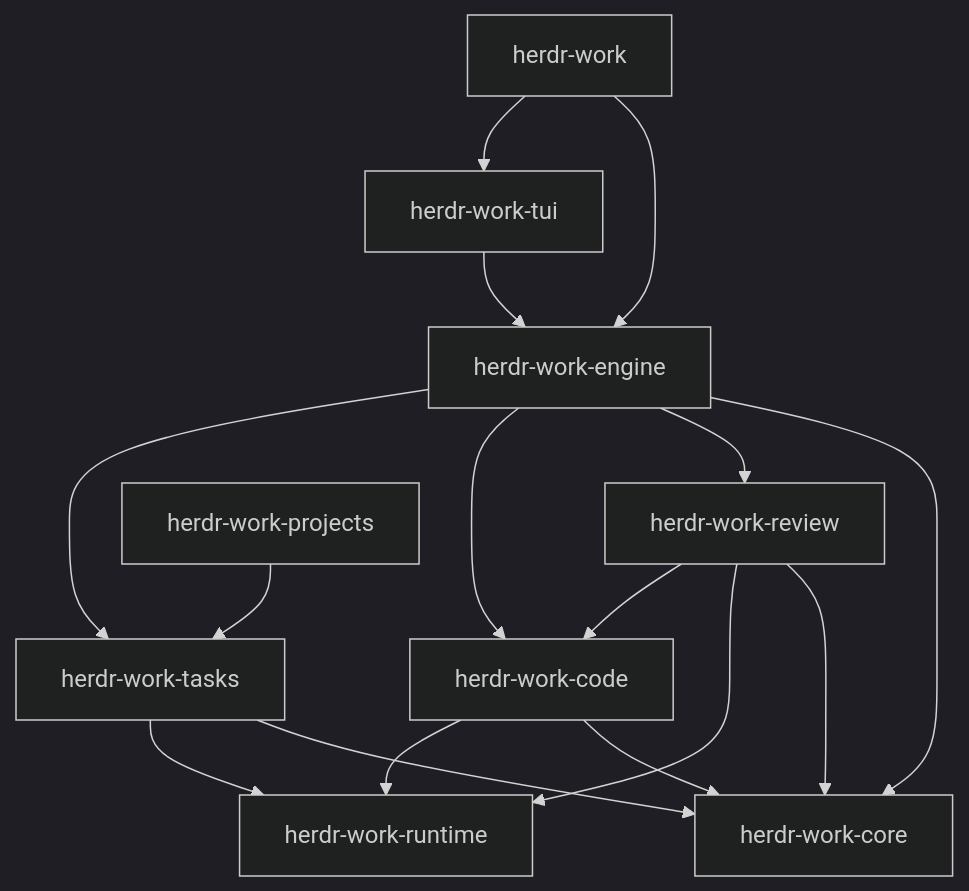
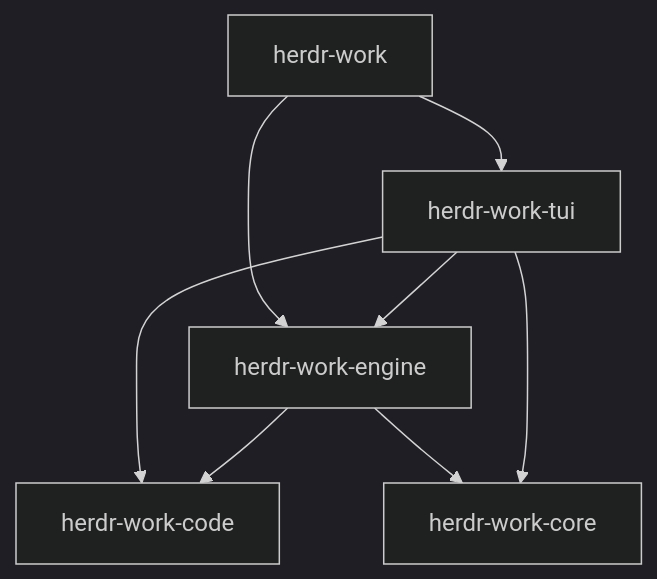
Before and after one commit to JTBlink/herdr-work: the diagram in docs/architecture/herdr-work-internal-modules.md, drawn with Mermaid (dark theme). The commit also changed other lines of this file and 871 other files, not shown here.

````diff
--- a/docs/architecture/herdr-work-internal-modules.md
+++ b/docs/architecture/herdr-work-internal-modules.md
@@ -70,18 +23,10 @@
 ```mermaid
 flowchart TD
     CLI[herdr-work] --> TUI[herdr-work-tui]
     CLI --> Engine[herdr-work-engine]
     TUI --> Engine
-    Engine --> Tasks[herdr-work-tasks]
-    Engine --> Code[herdr-work-code]
-    Engine --> Review[herdr-work-review]
-    Review --> Code
-    Tasks --> Runtime[herdr-work-runtime]
-    Code --> Runtime
-    Review --> Runtime
-    Worker[herdr-work-projects] --> Tasks
+    TUI --> Code[herdr-work-code]
+    Engine --> Code
     Engine --> Core[herdr-work-core]
-    Tasks --> Core
-    Code --> Core
-    Review --> Core
+    TUI --> Core
 ```
````
